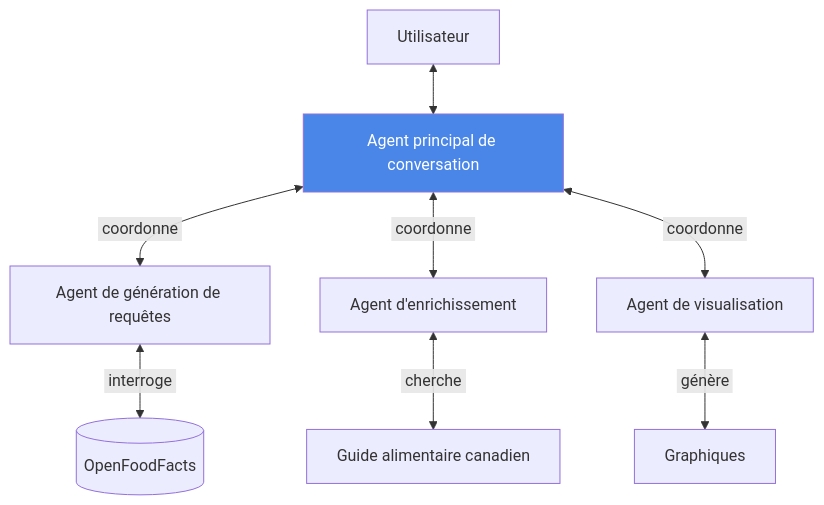
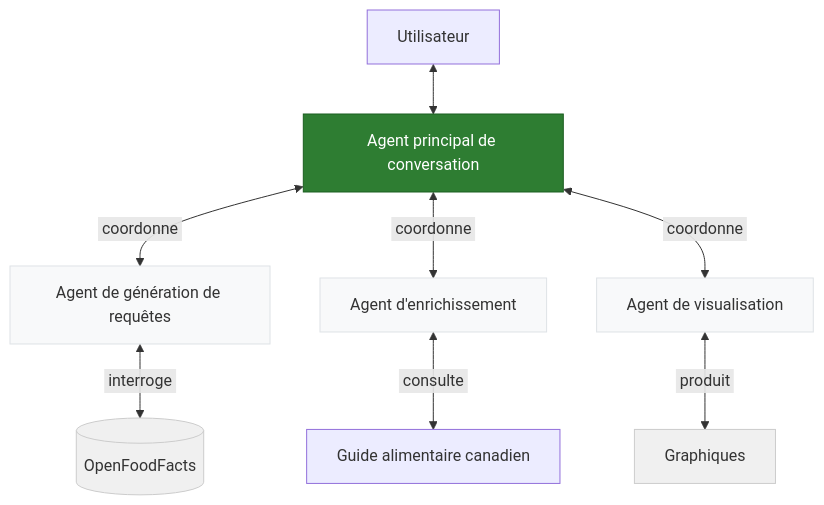
One commit to boisalai/ift-6005 changed the third of 3 diagrams in docs/markdown/plan.md. Above: the diagram before and after it, drawn with Mermaid. The commit also changed other lines of this file, not shown here.

````diff
--- a/docs/markdown/plan.md
+++ b/docs/markdown/plan.md
@@ -105,14 +111,19 @@
 ```mermaid
 graph TD
+    classDef main fill:#2e7d32,stroke:#1b5e20,color:white
+    classDef agent fill:#f8f9fa,stroke:#dee2e6
+    classDef resource fill:#f0f0f0,stroke:#cccccc
+
     U[Utilisateur] <--> MA[Agent principal de conversation]
     MA <-->|&nbsp;coordonne&nbsp;| A1[Agent de génération de requêtes]
     MA <-->|&nbsp;coordonne&nbsp;| A2[Agent d'enrichissement]
     MA <-->|&nbsp;coordonne&nbsp;| A3[Agent de visualisation]
     
     A1 <-->|&nbsp;interroge&nbsp;| DB[(OpenFoodFacts)]
-    A2 <-->|&nbsp;cherche&nbsp;| G[Guide alimentaire canadien]
-    A3 <-->|&nbsp;génère&nbsp;| V[Graphiques]
+    A2 <-->|&nbsp;consulte&nbsp;| G[Guide alimentaire canadien]
+    A3 <-->|&nbsp;produit&nbsp;| V[Graphiques]
     
-    classDef coord fill:#4a86e8,color:white
-    class MA coord
+    class MA main
+    class A1,A2,A3 agent
+    class DB,GC,V resource
 ```
````
